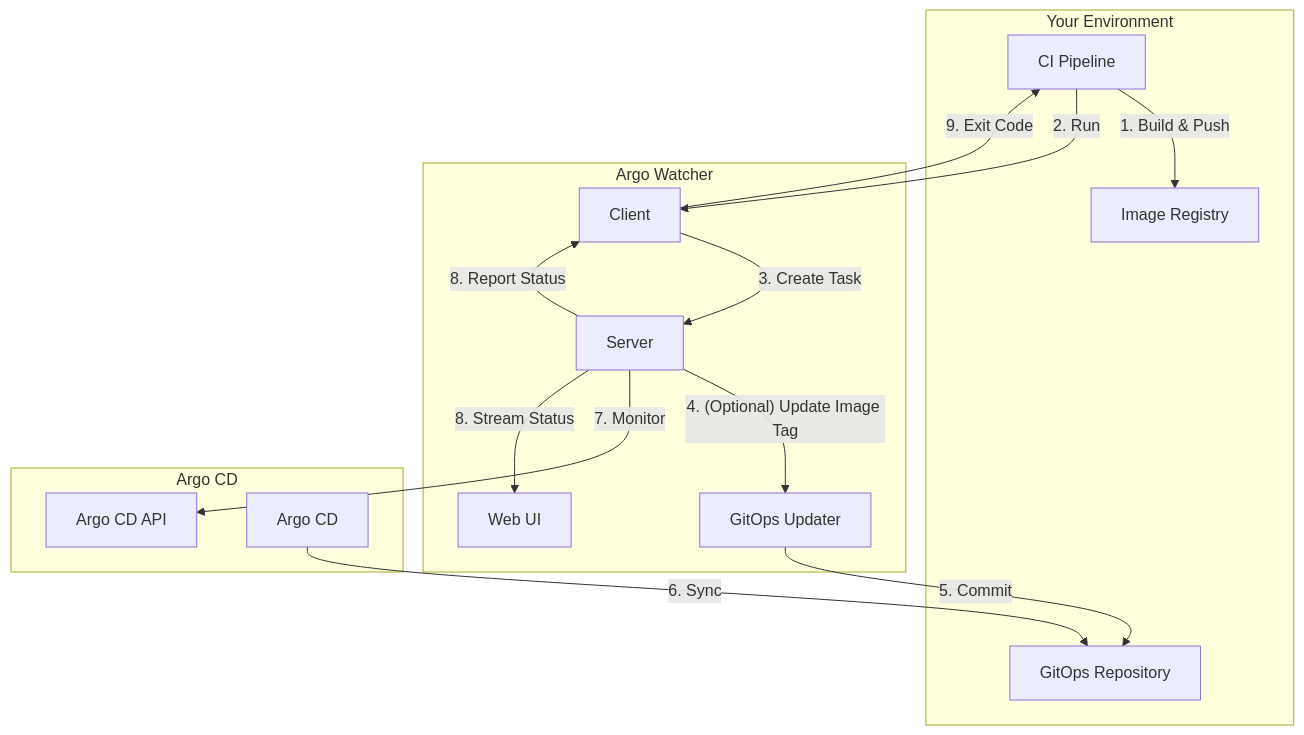
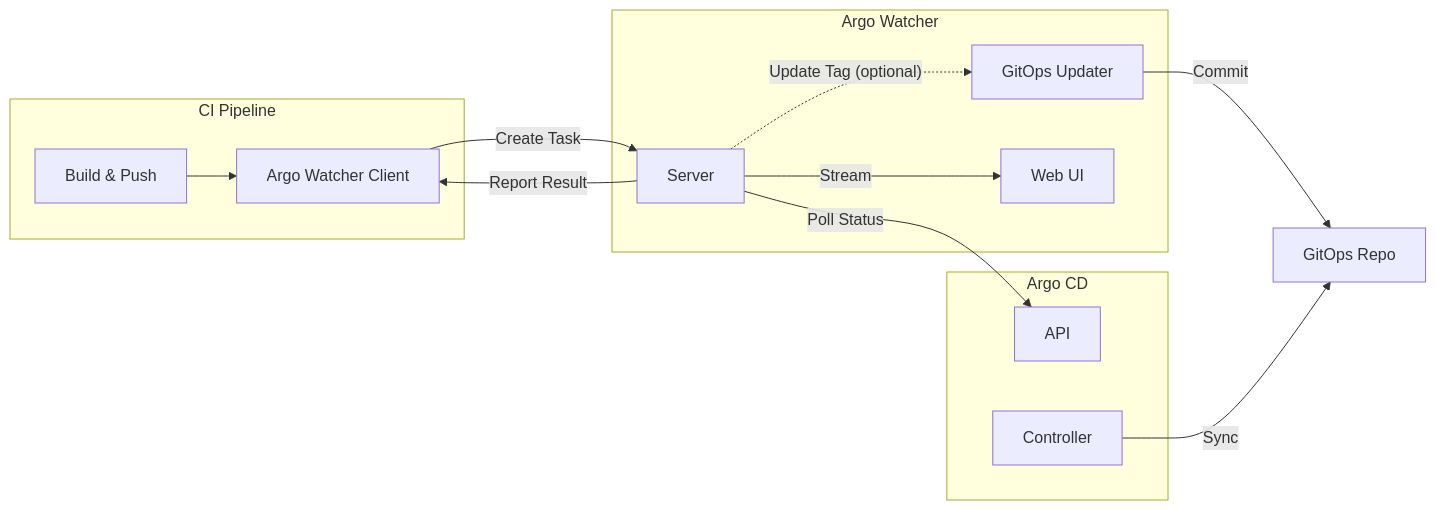
One commit to shini4i/argo-watcher changed the diagram in README.md. Above: the diagram before and after it, drawn with Mermaid. The commit also changed other lines of this file and 8 other files, not shown here.

````diff
--- a/README.md
+++ b/README.md
@@ -42,31 +43,29 @@
 ```mermaid
-graph TD
-    subgraph "Your Environment"
-        CI_Pipeline[CI Pipeline]
-        Git_Repo[GitOps Repository]
-        Image_Registry[Image Registry]
+graph LR
+    subgraph CI["CI Pipeline"]
+        Build["Build & Push"]
+        Client["Argo Watcher Client"]
     end
 
-    subgraph "Argo Watcher"
-        Watcher_Server[Server]
-        Watcher_Client[Client]
-        Watcher_WebUI[Web UI]
-        Watcher_Updater[GitOps Updater]
+    subgraph AW["Argo Watcher"]
+        Server["Server"]
+        Updater["GitOps Updater"]
+        WebUI["Web UI"]
     end
 
-    subgraph "Argo CD"
-        ArgoCD_API[Argo CD API]
-        ArgoCD[Argo CD]
+    subgraph ACD["Argo CD"]
+        API["API"]
+        Controller["Controller"]
     end
 
-    CI_Pipeline -- "1. Build & Push" --> Image_Registry
-    CI_Pipeline -- "2. Run" --> Watcher_Client
-    Watcher_Client -- "3. Create Task" --> Watcher_Server
-    Watcher_Server -- "4. (Optional) Update Image Tag" --> Watcher_Updater
-    Watcher_Updater -- "5. Commit" --> Git_Repo
-    Watcher_Server -- "7. Monitor" --> ArgoCD_API
-    ArgoCD -- "6. Sync" --> Git_Repo
-    Watcher_Server -- "8. Stream Status" --> Watcher_WebUI
-    Watcher_Server -- "8. Report Status" --> Watcher_Client
-    Watcher_Client -- "9. Exit Code" --> CI_Pipeline
+    GitRepo["GitOps Repo"]
+
+    Build --> Client
+    Client -- "Create Task" --> Server
+    Server -. "Update Tag (optional)" .-> Updater
+    Updater -- "Commit" --> GitRepo
+    Controller -- "Sync" --> GitRepo
+    Server -- "Poll Status" --> API
+    Server -- "Stream" --> WebUI
+    Server -- "Report Result" --> Client
 ```
````
